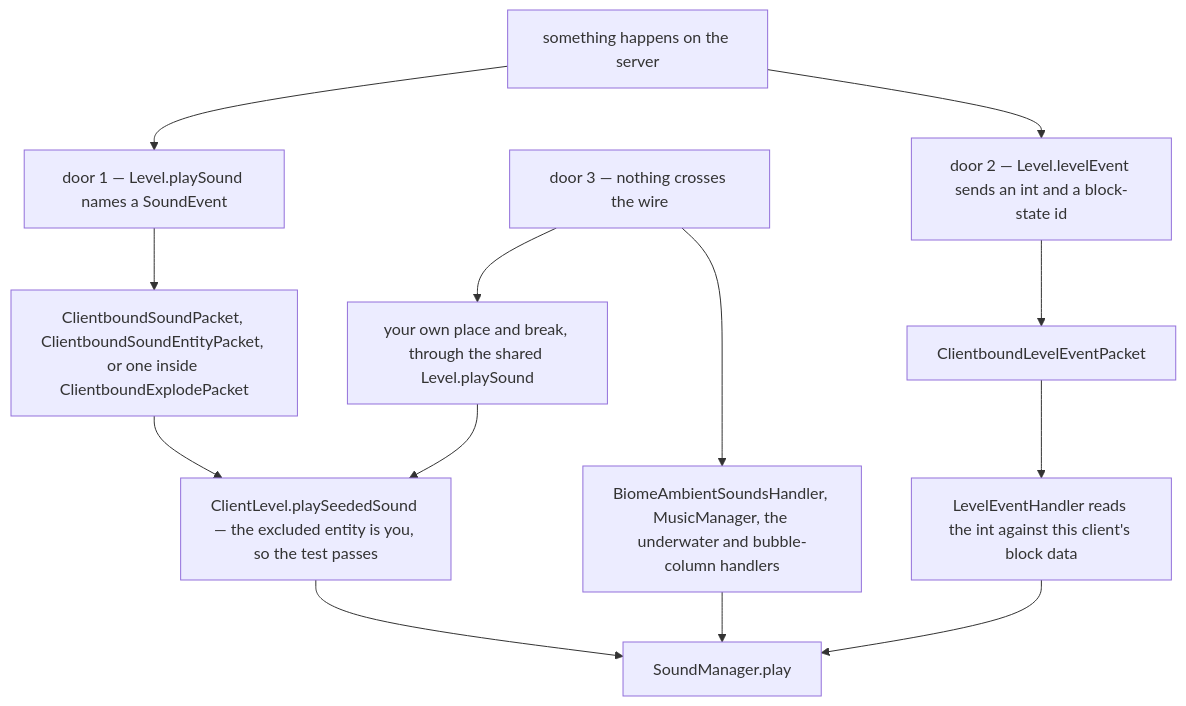
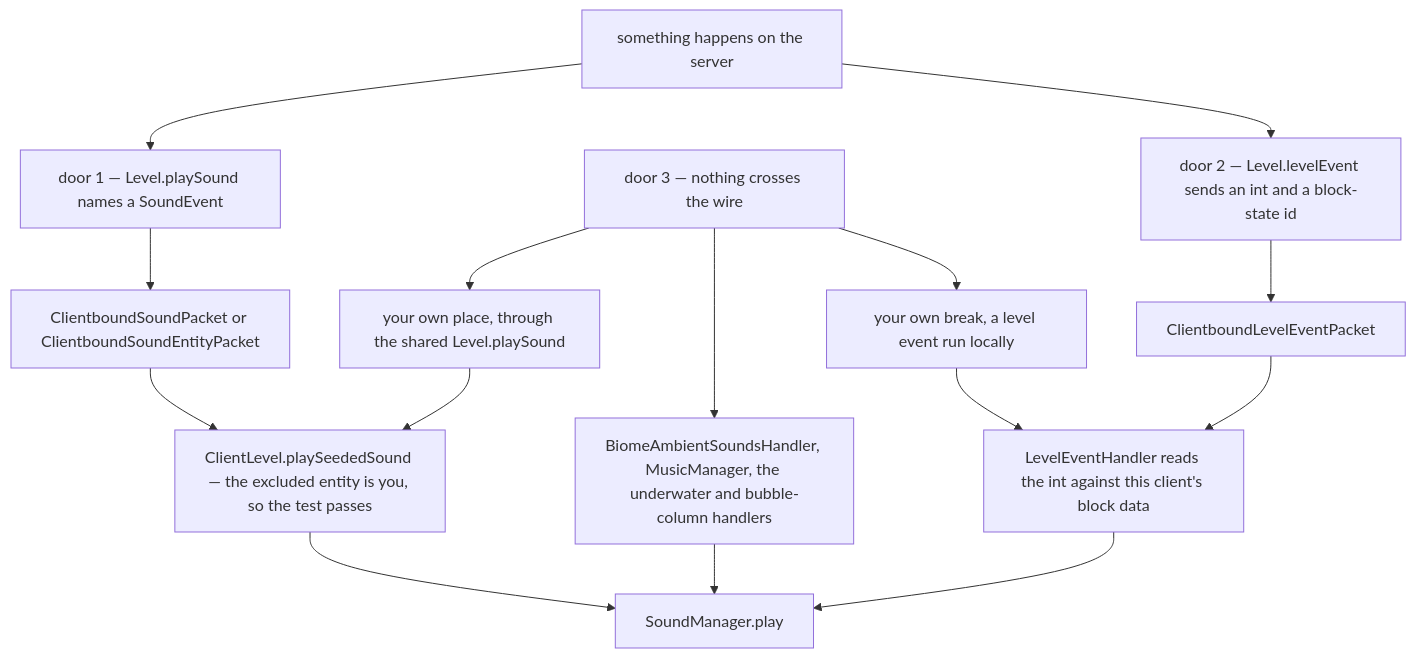
One commit to AlexanderjFraser/MinecraftDocs changed the diagram in src/systems/client/what-makes-a-sound.md. Above: the diagram before and after it, drawn with Mermaid. The commit also changed other lines of this file and 33 other files, not shown here.

````diff
--- a/src/systems/client/what-makes-a-sound.md
+++ b/src/systems/client/what-makes-a-sound.md
@@ -32,19 +31,21 @@
 ```mermaid
 flowchart TD
     SERVER["something happens on the server"]
     NAMED["door 1 — Level.playSound names a SoundEvent"]
     NOWIRE["door 3 — nothing crosses the wire"]
     EVENT["door 2 — Level.levelEvent sends an int and a block-state id"]
-    P1["ClientboundSoundPacket, ClientboundSoundEntityPacket, or one inside ClientboundExplodePacket"]
+    P1["ClientboundSoundPacket or ClientboundSoundEntityPacket"]
     P2["ClientboundLevelEventPacket"]
     LEH["LevelEventHandler reads the int against this client's block data"]
     LOCAL["ClientLevel.playSeededSound — the excluded entity is you, so the test passes"]
-    MINE["your own place and break, through the shared Level.playSound"]
+    MINE["your own place, through the shared Level.playSound"]
+    MINEB["your own break, a level event run locally"]
     AMB["BiomeAmbientSoundsHandler, MusicManager, the underwater and bubble-column handlers"]
     SM["SoundManager.play"]
     SERVER --> NAMED --> P1 --> LOCAL
     NOWIRE --> MINE --> LOCAL
+    NOWIRE --> AMB --> SM
+    NOWIRE --> MINEB --> LEH
     LOCAL --> SM
     SERVER --> EVENT --> P2 --> LEH --> SM
-    NOWIRE --> AMB --> SM
 ```
````
